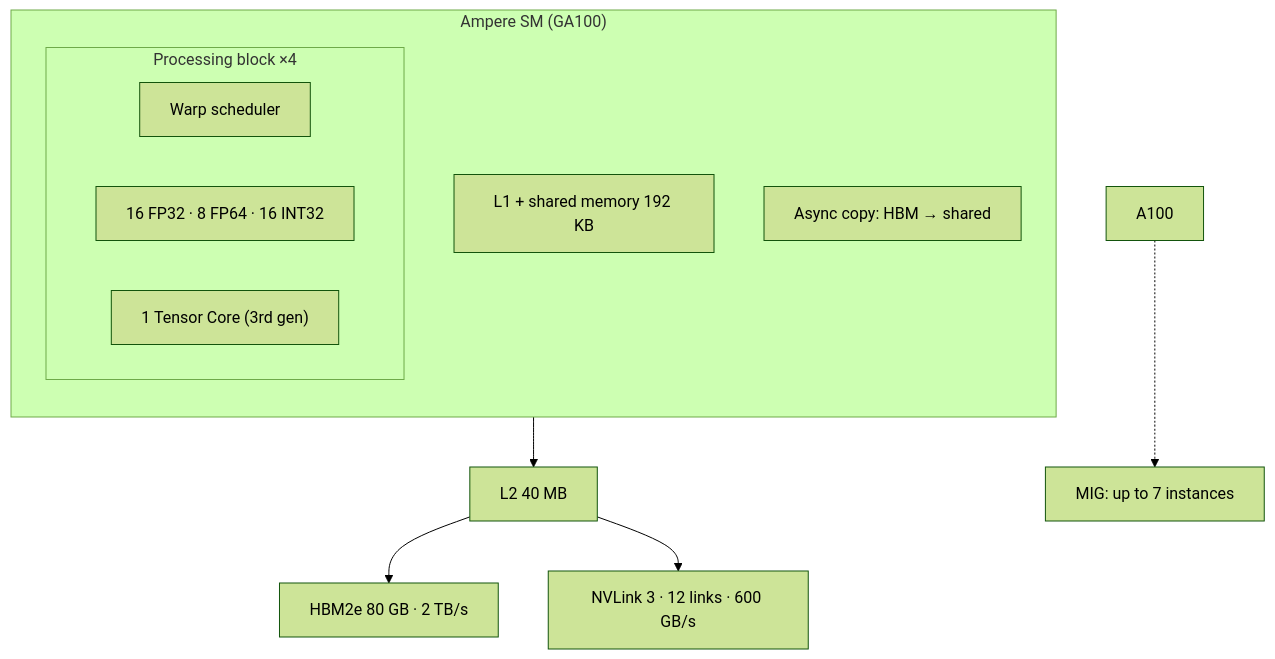
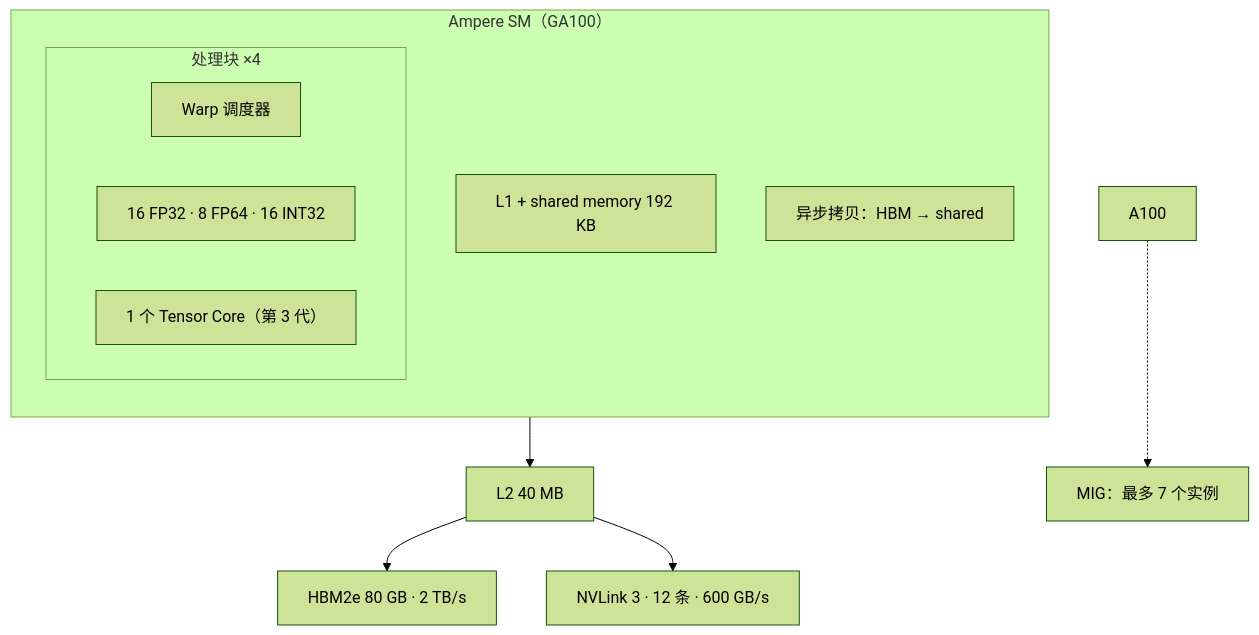
Before and after one commit to lxy-alexander/VoidIndex: diagram 11 of 13 in src/content/posts/nvidia-gpu-architectures.md, drawn with Mermaid (forest theme). The commit also changed other lines of this file and 4 other files, not shown here.

````diff
--- a/src/content/posts/nvidia-gpu-architectures.md
+++ b/src/content/posts/nvidia-gpu-architectures.md
@@ -197,16 +197,16 @@
 ```mermaid
 flowchart TB
-  subgraph SM["Ampere SM (GA100)"]
+  subgraph SM["Ampere SM（GA100）"]
     direction TB
-    subgraph PB["Processing block ×4"]
-      S["Warp scheduler"]
+    subgraph PB["处理块 ×4"]
+      S["Warp 调度器"]
       F["16 FP32 · 8 FP64 · 16 INT32"]
-      T["1 Tensor Core (3rd gen)"]
+      T["1 个 Tensor Core（第 3 代）"]
     end
     L1["L1 + shared memory 192 KB"]
-    AC["Async copy: HBM → shared"]
+    AC["异步拷贝：HBM → shared"]
   end
   SM --> L2["L2 40 MB"] --> HBM["HBM2e 80 GB · 2 TB/s"]
-  L2 --> NV["NVLink 3 · 12 links · 600 GB/s"]
-  GPU["A100"] -.-> MIG["MIG: up to 7 instances"]
+  L2 --> NV["NVLink 3 · 12 条 · 600 GB/s"]
+  GPU["A100"] -.-> MIG["MIG：最多 7 个实例"]
 ```
````
